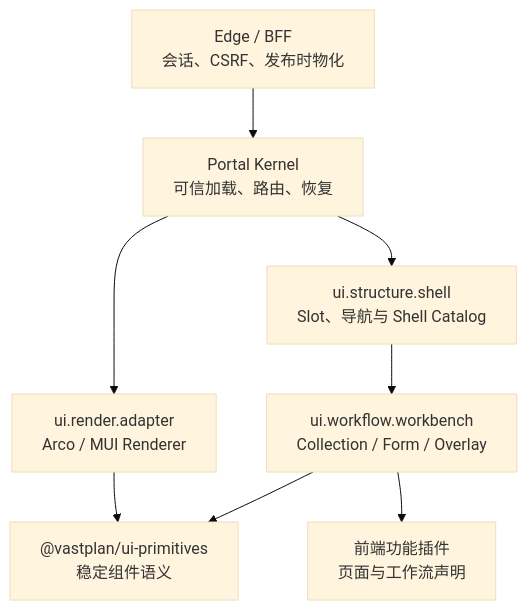
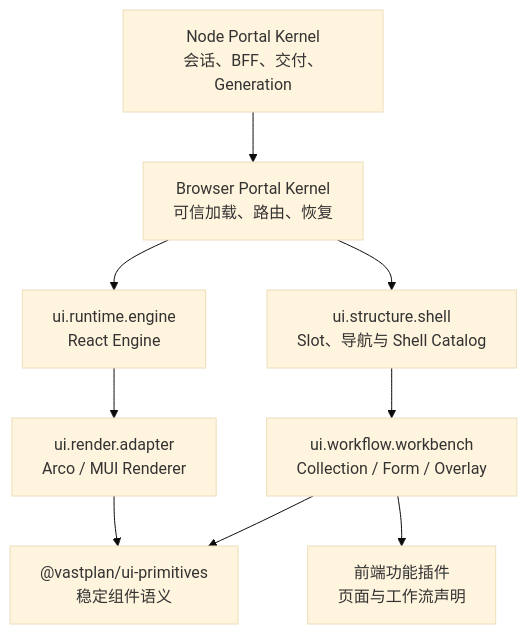
The diagram in docs/dev/architecture/前端门户内核.md (yandt/VastPlan), drawn with Mermaid (base theme) before and after one commit. The commit also changed other lines of this file and 50 other files, not shown here.

Commit message:
feat(frontend): establish runtime engine contract

````diff
--- a/docs/dev/architecture/前端门户内核.md
+++ b/docs/dev/architecture/前端门户内核.md
@@ -13,10 +13,11 @@
 ```mermaid
 flowchart TB
-  BFF["Edge / BFF\n会话、CSRF、发布时物化"] --> PK["Portal Kernel\n可信加载、路由、恢复"]
-  PK --> DS["ui.render.adapter\nArco / MUI Renderer"]
+  BFF["Node Portal Kernel\n会话、BFF、交付、Generation"] --> PK["Browser Portal Kernel\n可信加载、路由、恢复"]
+  PK --> RE["ui.runtime.engine\nReact Engine"]
+  RE --> DS["ui.render.adapter\nArco / MUI Renderer"]
   PK --> SC["ui.structure.shell\nSlot、导航与 Shell Catalog"]
   SC --> WB["ui.workflow.workbench\nCollection / Form / Overlay"]
   WB --> FP["前端功能插件\n页面与工作流声明"]
   DS --> UI["@vastplan/ui-primitives\n稳定组件语义"]
   WB --> UI
 ```
````
